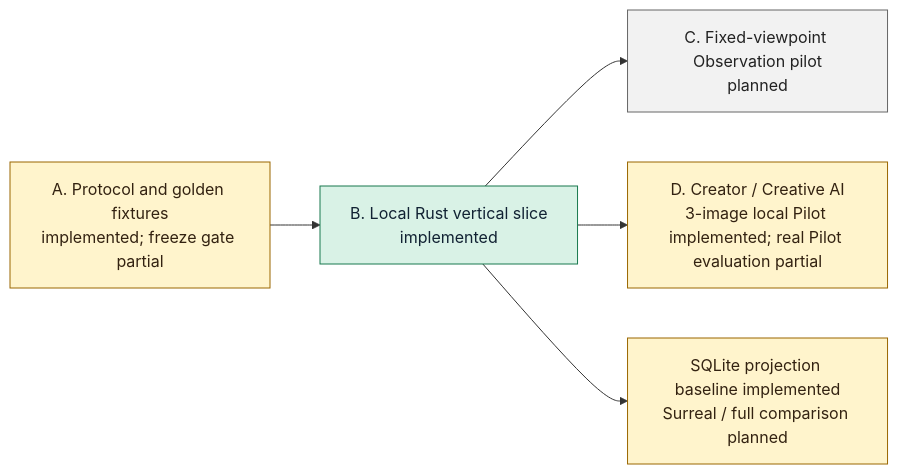
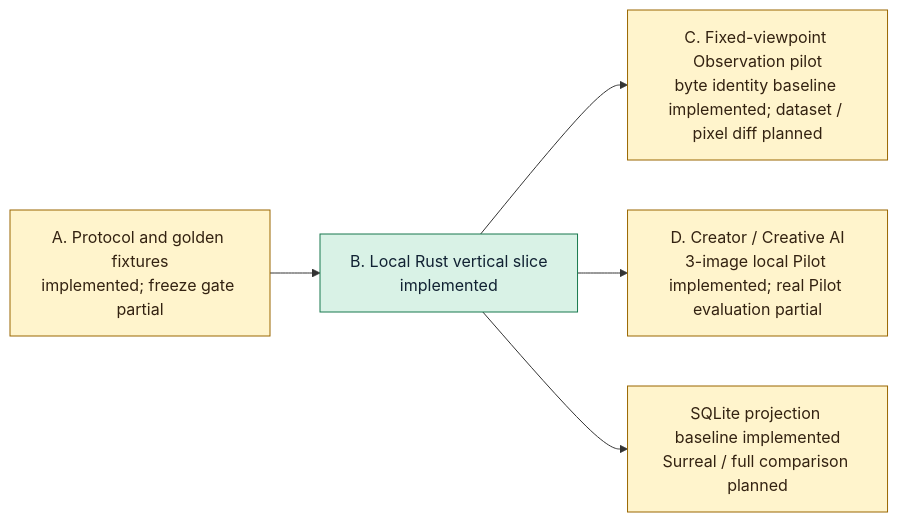
The diagram in docs/stage0_execution_plan.md (howlrs/synapsegit), drawn with Mermaid before and after one commit. The commit also changed other lines of this file and 16 other files, not shown here.

````diff
--- a/docs/stage0_execution_plan.md
+++ b/docs/stage0_execution_plan.md
@@ -9,14 +9,13 @@
 ```mermaid
 flowchart LR
     A["A. Protocol and golden fixtures<br/>implemented; freeze gate partial"] --> B["B. Local Rust vertical slice<br/>implemented"]
-    B --> C["C. Fixed-viewpoint Observation pilot<br/>planned"]
+    B --> C["C. Fixed-viewpoint Observation pilot<br/>byte identity baseline implemented; dataset / pixel diff planned"]
     B --> D["D. Creator / Creative AI<br/>3-image local Pilot implemented; real Pilot evaluation partial"]
     B --> E["SQLite projection baseline implemented<br/>Surreal / full comparison planned"]
 
     classDef done fill:#d9f2e6,stroke:#18794e,color:#123;
     classDef partial fill:#fff4cc,stroke:#9a6700,color:#321;
     classDef planned fill:#f2f2f2,stroke:#666,color:#222;
     class B done;
-    class A,D,E partial;
-    class C planned;
+    class A,C,D,E partial;
 ```
````
